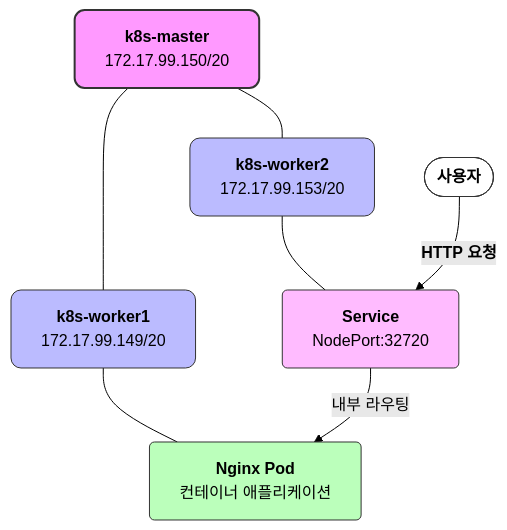
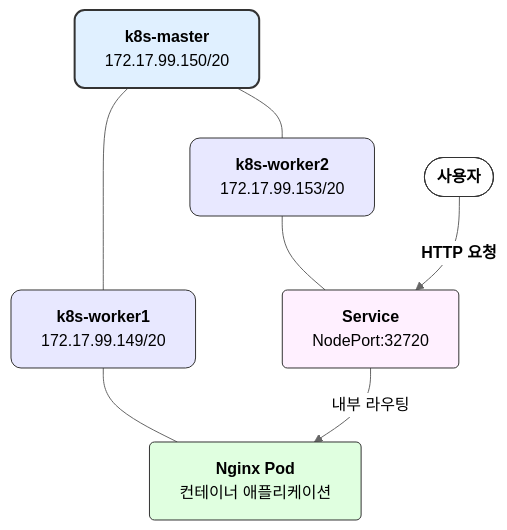
One commit to jinseok19/jinseok19.github.io changed the diagram in _posts/2024-04-29-kubernetes-cluster-nginx-deployment.md. Above: the diagram before and after it, drawn with Mermaid. The commit also changed other lines of this file, not shown here.

Commit message:
fix: imgur 이미지 링크 및 mermaid 다이어그램 개선

````diff
--- a/_posts/2024-04-29-kubernetes-cluster-nginx-deployment.md
+++ b/_posts/2024-04-29-kubernetes-cluster-nginx-deployment.md
@@ -299,24 +299,24 @@
 ```mermaid
-%%{init: {'theme': 'forest', 'themeVariables': { 'fontSize': '16px', 'fontFamily': 'Arial' }}}%%
+%%{init: {'theme': 'neutral', 'themeVariables': { 'fontSize': '16px', 'fontFamily': 'Arial' }}}%%
 graph TD
     Master["<b>k8s-master</b><br/>172.17.99.150/20"] --- Worker1["<b>k8s-worker1</b><br/>172.17.99.149/20"]
     Master --- Worker2["<b>k8s-worker2</b><br/>172.17.99.153/20"]
     
     Worker1 --- Nginx["<b>Nginx Pod</b><br/>컨테이너 애플리케이션"]
     Worker2 --- Service["<b>Service</b><br/>NodePort:32720"]
     
     User(["<b>사용자</b>"]) -- "<b>HTTP 요청</b>" --> Service
     Service -- "내부 라우팅" --> Nginx
     
-    classDef master fill:#f9f,stroke:#333,stroke-width:2px,color:black,rx:10
-    classDef worker fill:#bbf,stroke:#333,stroke-width:1px,color:black,rx:10
-    classDef pod fill:#bfb,stroke:#333,stroke-width:1px,color:black,rx:5
-    classDef service fill:#fbf,stroke:#333,stroke-width:1px,color:black,rx:5
-    classDef user fill:#fff,stroke:#333,stroke-width:1px,color:black
+    classDef master fill:#e0f0ff,stroke:#333,stroke-width:2px,color:black,rx:10
+    classDef worker fill:#e8e8ff,stroke:#333,stroke-width:1px,color:black,rx:10
+    classDef pod fill:#e0ffe0,stroke:#333,stroke-width:1px,color:black,rx:5
+    classDef service fill:#fff0ff,stroke:#333,stroke-width:1px,color:black,rx:5
+    classDef user fill:#ffffff,stroke:#333,stroke-width:1px,color:black
     
     class Master master
     class Worker1,Worker2 worker
     class Nginx pod
     class Service service
     class User user
 ```
````
